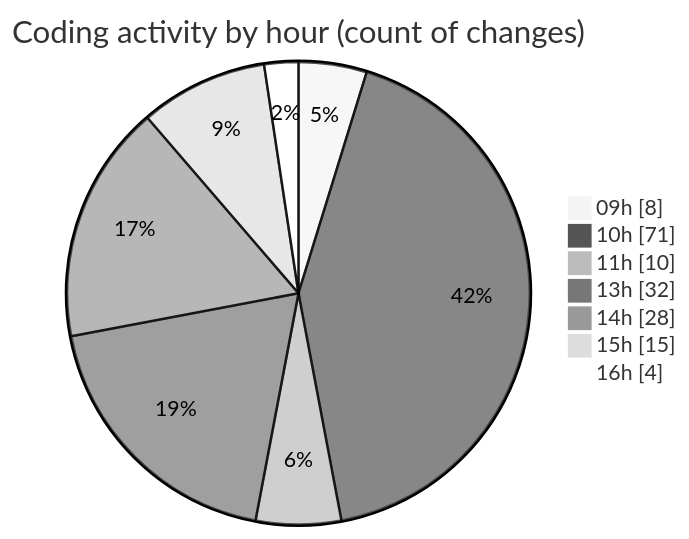
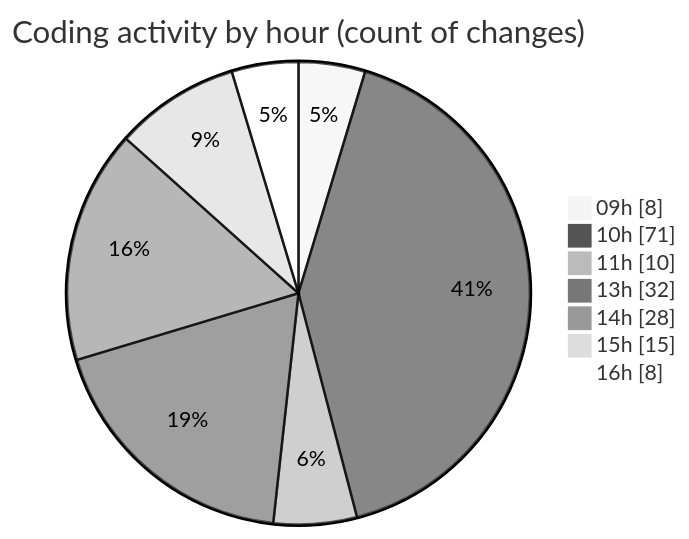
The second of 2 diagrams in 2025-06-03/ecodeli-1/README.md (CELIANVF/code-tracking), drawn with Mermaid (neutral theme) before and after one commit. The commit also changed other lines of this file and 1 other file, not shown here.

````diff
--- a/2025-06-03/ecodeli-1/README.md
+++ b/2025-06-03/ecodeli-1/README.md
@@ -77,11 +77,11 @@
 ```mermaid
 pie showData
 title Coding activity by hour (count of changes)
 "09h" : 8
 "10h" : 71
 "11h" : 10
 "13h" : 32
 "14h" : 28
 "15h" : 15
-"16h" : 4
+"16h" : 8
 ```
````
